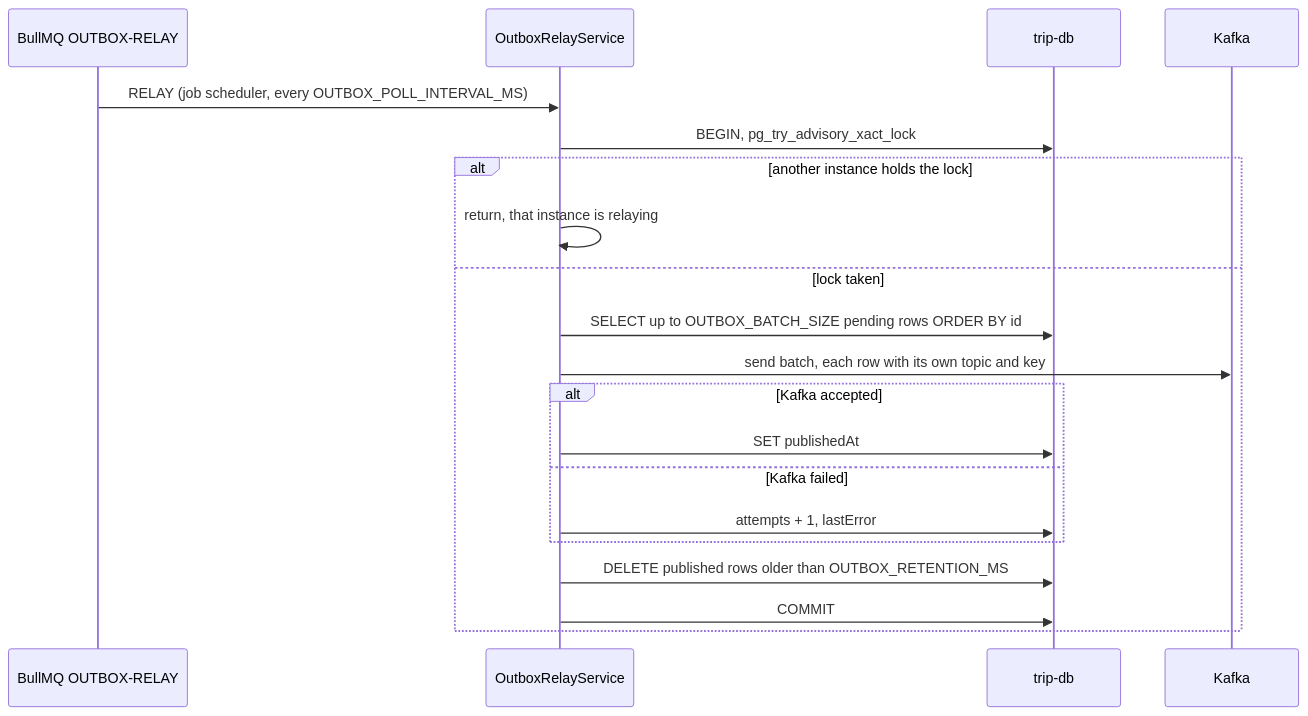
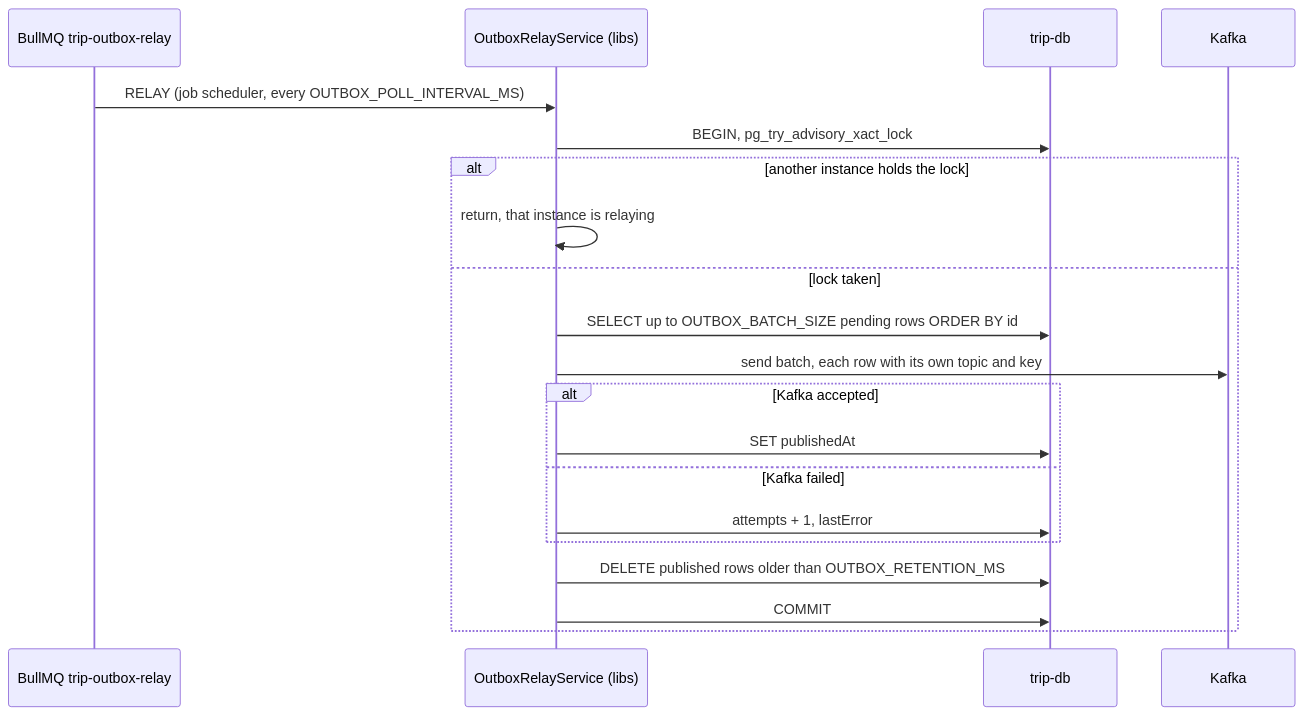
One commit to Mohammed-Taysser/masr3 changed the ninth of 9 diagrams in docs/services/trip-service.md. Above: the diagram before and after it, drawn with Mermaid. The commit also changed other lines of this file and 20 other files, not shown here.

````diff
--- a/docs/services/trip-service.md
+++ b/docs/services/trip-service.md
@@ -251,22 +255,22 @@
 ```mermaid
 sequenceDiagram
-  participant Q as BullMQ OUTBOX-RELAY
-  participant R as OutboxRelayService
+  participant Q as BullMQ trip-outbox-relay
+  participant R as OutboxRelayService (libs)
   participant DB as trip-db
   participant K as Kafka
   Q->>R: RELAY (job scheduler, every OUTBOX_POLL_INTERVAL_MS)
   R->>DB: BEGIN, pg_try_advisory_xact_lock
   alt another instance holds the lock
     R->>R: return, that instance is relaying
   else lock taken
     R->>DB: SELECT up to OUTBOX_BATCH_SIZE pending rows ORDER BY id
     R->>K: send batch, each row with its own topic and key
     alt Kafka accepted
       R->>DB: SET publishedAt
     else Kafka failed
       R->>DB: attempts + 1, lastError
     end
     R->>DB: DELETE published rows older than OUTBOX_RETENTION_MS
     R->>DB: COMMIT
   end
 ```
````
